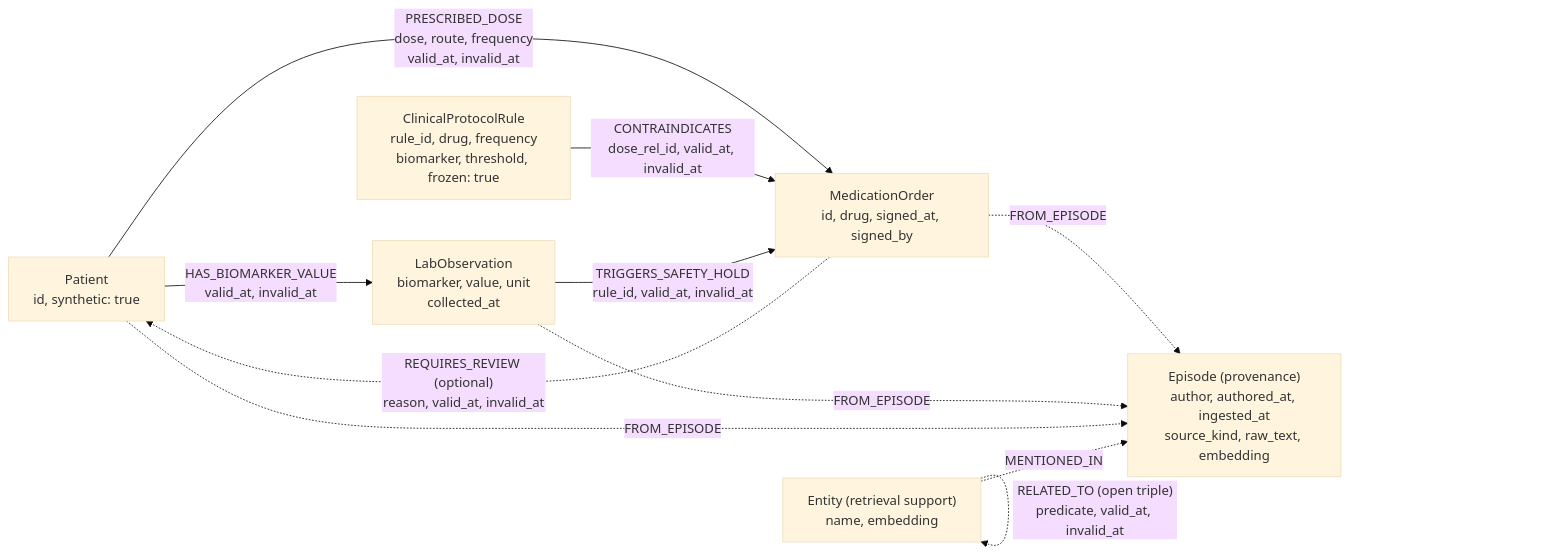
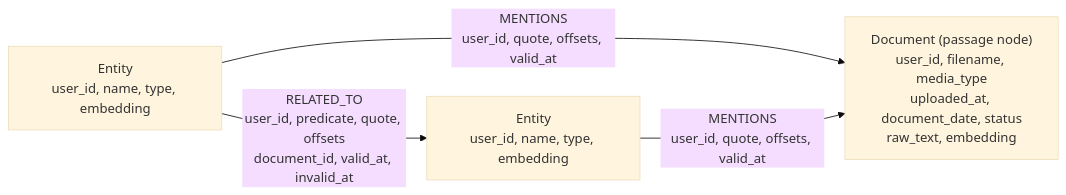
One commit to chikku1234568/jewel changed the third of 5 diagrams in docs/architecture.md. Above: the diagram before and after it, drawn with Mermaid (base theme). The commit also changed other lines of this file and 36 other files, not shown here.

First line of the commit message:
Docs: architecture, ADRs, open questions and diagrams for the new product

````diff
--- a/docs/architecture.md
+++ b/docs/architecture.md
@@ -296,18 +174,11 @@
 ```mermaid
+%% name: 03-document-entity-schema
 flowchart LR
-    P["Patient<br/>id, synthetic: true"]
-    MO["MedicationOrder<br/>id, drug, signed_at, signed_by"]
-    LO["LabObservation<br/>biomarker, value, unit<br/>collected_at"]
-    CR["ClinicalProtocolRule<br/>rule_id, drug, frequency<br/>biomarker, threshold, frozen: true"]
-    EP["Episode (provenance)<br/>author, authored_at, ingested_at<br/>source_kind, raw_text, embedding"]
-    EN["Entity (retrieval support)<br/>name, embedding"]
+    E1["Entity<br/>user_id, name, type, embedding"]
+    E2["Entity<br/>user_id, name, type, embedding"]
+    D["Document (passage node)<br/>user_id, filename, media_type<br/>uploaded_at, document_date, status<br/>raw_text, embedding"]
 
-    P -->|"PRESCRIBED_DOSE<br/>dose, route, frequency<br/>valid_at, invalid_at"| MO
-    P -->|"HAS_BIOMARKER_VALUE<br/>valid_at, invalid_at"| LO
-    CR -->|"CONTRAINDICATES<br/>dose_rel_id, valid_at, invalid_at"| MO
-    LO -->|"TRIGGERS_SAFETY_HOLD<br/>rule_id, valid_at, invalid_at"| MO
-    MO -.->|"REQUIRES_REVIEW (optional)<br/>reason, valid_at, invalid_at"| P
-    MO & LO & P -.->|"FROM_EPISODE"| EP
-    EN -.->|"MENTIONED_IN"| EP
-    EN -.->|"RELATED_TO (open triple)<br/>predicate, valid_at, invalid_at"| EN
+    E1 -->|"MENTIONS<br/>user_id, quote, offsets, valid_at"| D
+    E2 -->|"MENTIONS<br/>user_id, quote, offsets, valid_at"| D
+    E1 -->|"RELATED_TO<br/>user_id, predicate, quote, offsets<br/>document_id, valid_at, invalid_at"| E2
 ```
````
